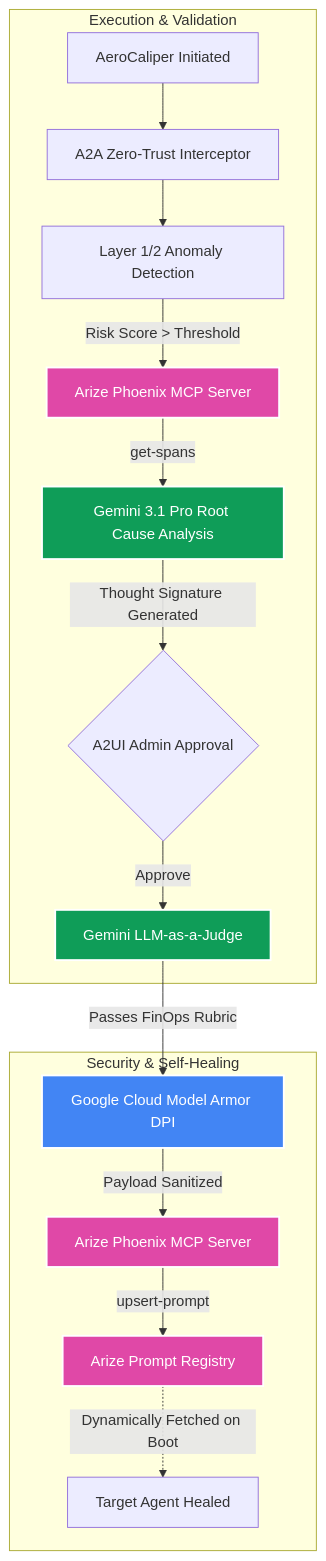
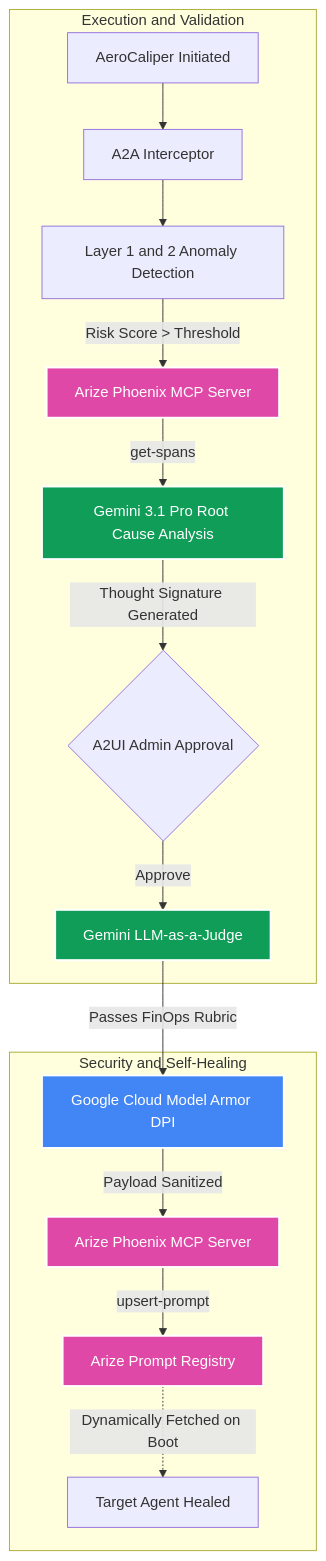
One commit to vjb/aerocaliper changed the diagram in docs/agent_architecture.md. Above: the diagram before and after it, drawn with Mermaid. The commit also changed other lines of this file and 5 other files, not shown here.

````diff
--- a/docs/agent_architecture.md
+++ b/docs/agent_architecture.md
@@ -7,29 +7,29 @@
 ```mermaid
 flowchart TD
-    subgraph Execution & Validation
-        A[AeroCaliper Initiated] --> B[A2A Zero-Trust Interceptor]
-        B --> C[Layer 1/2 Anomaly Detection]
+    subgraph Execution and Validation
+        A[AeroCaliper Initiated] --> B[A2A Interceptor]
+        B --> C[Layer 1 and 2 Anomaly Detection]
         C -->|Risk Score > Threshold| D[Arize Phoenix MCP Server]
         D -- "get-spans" --> E[Gemini 3.1 Pro Root Cause Analysis]
         E -- "Thought Signature Generated" --> F{A2UI Admin Approval}
         F -- "Approve" --> G[Gemini LLM-as-a-Judge]
     end
 
-    subgraph Security & Self-Healing
+    subgraph Security and Self-Healing
         G -- "Passes FinOps Rubric" --> H[Google Cloud Model Armor DPI]
         H -- "Payload Sanitized" --> I[Arize Phoenix MCP Server]
         I -- "upsert-prompt" --> J[Arize Prompt Registry]
         J -.->|Dynamically Fetched on Boot| K[Target Agent Healed]
     end
 
     classDef gcp fill:#4285F4,stroke:#fff,stroke-width:2px,color:#fff;
     classDef arize fill:#E048A7,stroke:#fff,stroke-width:2px,color:#fff;
     classDef llm fill:#0F9D58,stroke:#fff,stroke-width:2px,color:#fff;
     
     H:::gcp
     D:::arize
     I:::arize
     J:::arize
     E:::llm
     G:::llm
 ```
````
